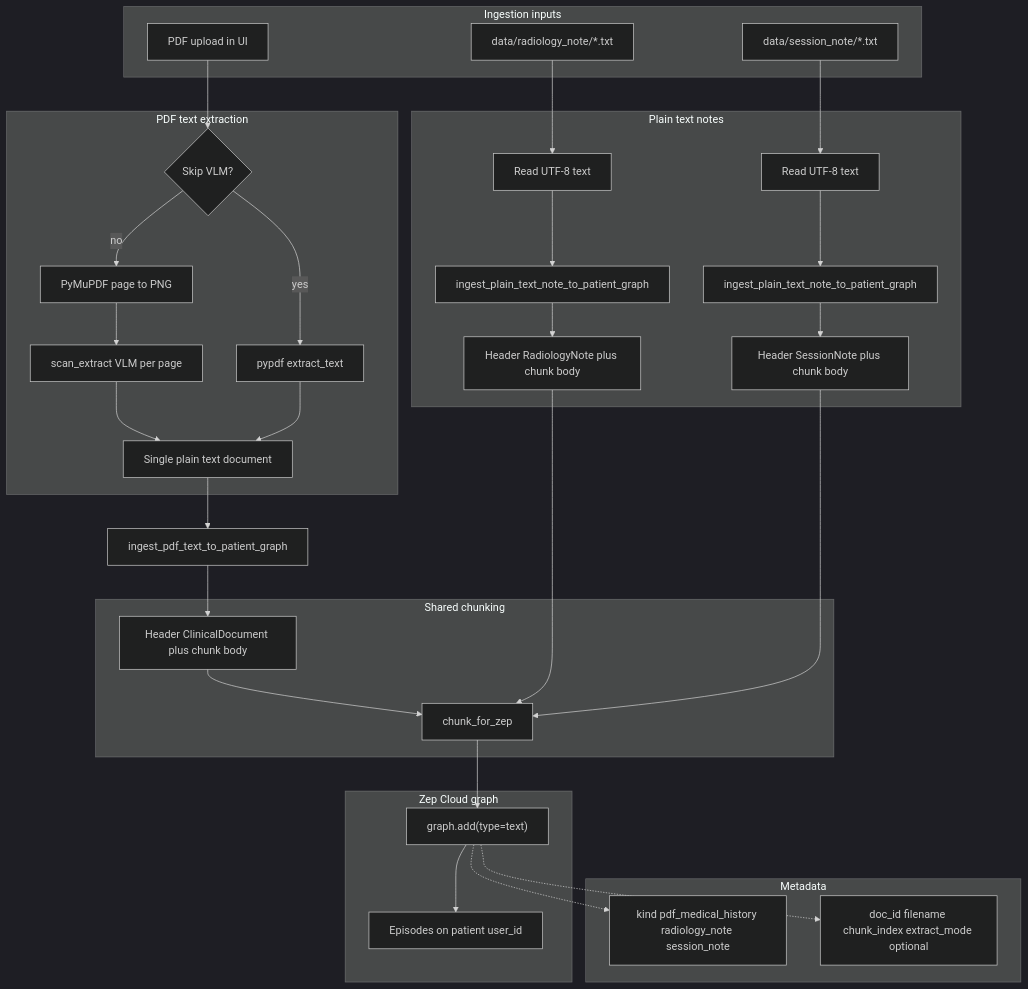
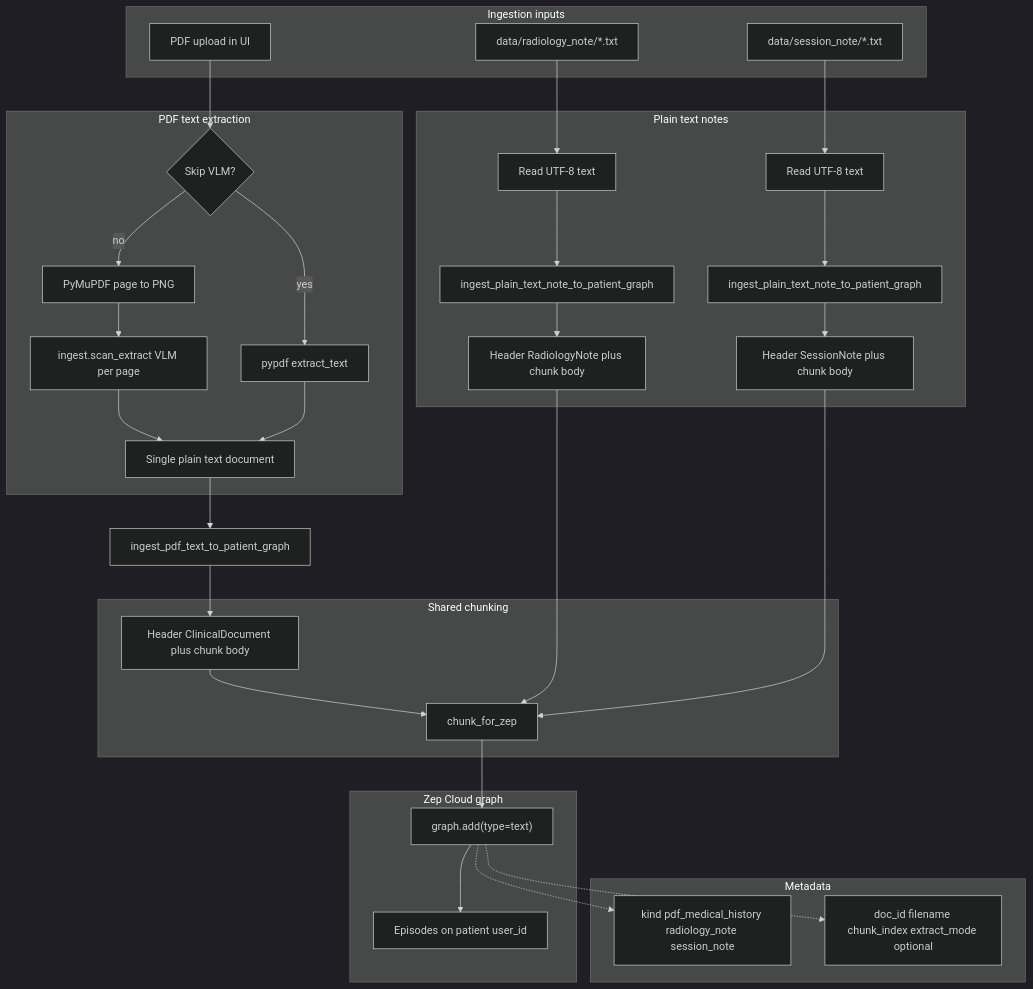
One commit to pramodthe/MedTrace-AI changed the third of 3 diagrams in README.md. Above: the diagram before and after it, drawn with Mermaid (dark theme). The commit also changed other lines of this file and 29 other files, not shown here.

````diff
--- a/README.md
+++ b/README.md
@@ -201,45 +211,45 @@
 ```mermaid
 flowchart TB
   subgraph inputs [Ingestion inputs]
     PDF[PDF upload in UI]
     RAD[data/radiology_note/*.txt]
     SESS[data/session_note/*.txt]
   end
 
   subgraph pdfPath [PDF text extraction]
     PDF --> mode{Skip VLM?}
     mode -->|no| raster[PyMuPDF page to PNG]
-    raster --> vlm[scan_extract VLM per page]
+    raster --> vlm[ingest.scan_extract VLM per page]
     vlm --> unifiedStr[Single plain text document]
     mode -->|yes| pypdf[pypdf extract_text]
     pypdf --> unifiedStr
   end
 
   subgraph notePath [Plain text notes]
     RAD --> readR[Read UTF-8 text]
     SESS --> readS[Read UTF-8 text]
     readR --> noteFnR[ingest_plain_text_note_to_patient_graph]
     readS --> noteFnS[ingest_plain_text_note_to_patient_graph]
     noteFnR --> hdrR[Header RadiologyNote plus chunk body]
     noteFnS --> hdrS[Header SessionNote plus chunk body]
   end
 
   unifiedStr --> pdfIngest[ingest_pdf_text_to_patient_graph]
   pdfIngest --> hdrP[Header ClinicalDocument plus chunk body]
 
   subgraph chunking [Shared chunking]
     hdrP --> chunkZep[chunk_for_zep]
     hdrR --> chunkZep
     hdrS --> chunkZep
   end
 
   subgraph zepGraph [Zep Cloud graph]
     chunkZep --> gadd["graph.add(type=text)"]
     gadd --> episodes[Episodes on patient user_id]
   end
 
   subgraph meta [Metadata]
     gadd -.-> kindHint[kind pdf_medical_history radiology_note session_note]
     gadd -.-> idHint[doc_id filename chunk_index extract_mode optional]
   end
 ```
````
